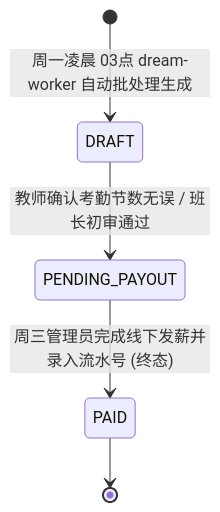
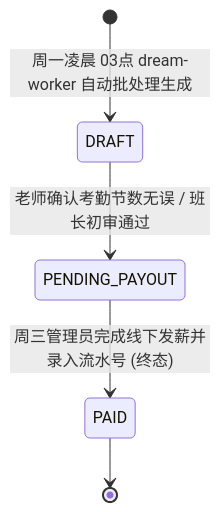
One commit to Onezao/dream changed the first of 4 diagrams in docs/prd/m5b_weekly_settlement.md. Above: the diagram before and after it, drawn with Mermaid. The commit also changed other lines of this file and 37 other files, not shown here.

````diff
--- a/docs/prd/m5b_weekly_settlement.md
+++ b/docs/prd/m5b_weekly_settlement.md
@@ -116,7 +113,7 @@
 ```mermaid
 stateDiagram-v2
     [*] --> DRAFT: 周一凌晨 03点 dream-worker 自动批处理生成
-    DRAFT --> PENDING_PAYOUT: 教师确认考勤节数无误 / 班长初审通过
+    DRAFT --> PENDING_PAYOUT: 老师确认考勤节数无误 / 班长初审通过
     PENDING_PAYOUT --> PAID: 周三管理员完成线下发薪并录入流水号 (终态)
     PAID --> [*]
 ```
````
